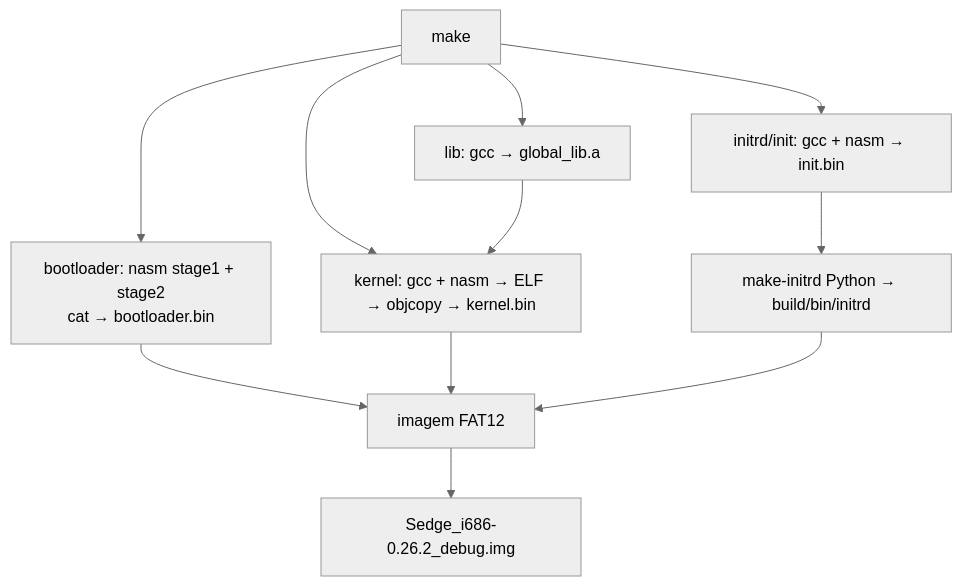
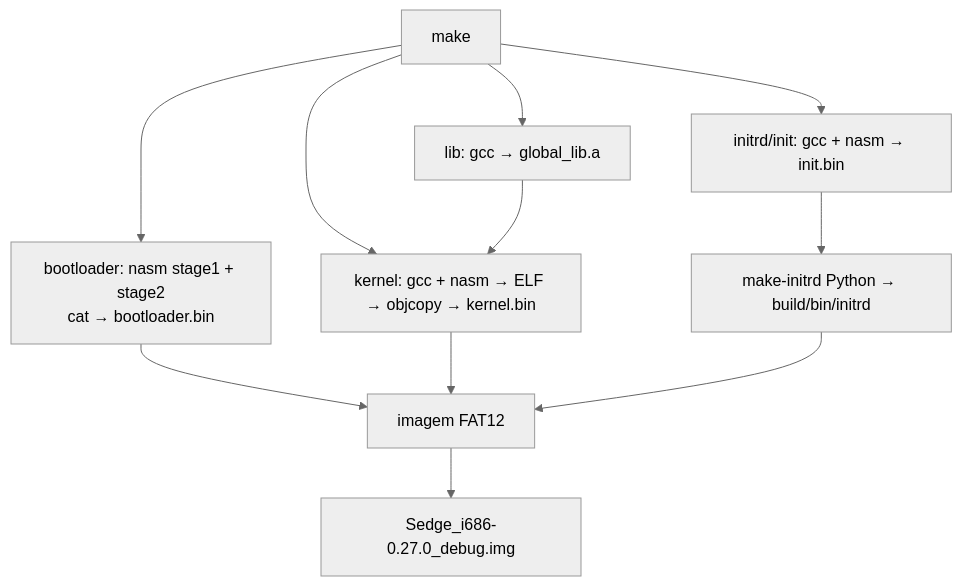
Before and after one commit to Lemiossa/Gummy: the diagram in docs/build.md, drawn with Mermaid (neutral theme). The commit also changed other lines of this file and 4 other files, not shown here.

````diff
--- a/docs/build.md
+++ b/docs/build.md
@@ -43,13 +43,13 @@
 ```mermaid
 flowchart TD
     make["make"] --> bl["bootloader: nasm stage1 + stage2<br/>cat → bootloader.bin"]
     make --> lib["lib: gcc → global_lib.a"]
     make --> krn["kernel: gcc + nasm → ELF → objcopy → kernel.bin"]
     make --> ini["initrd/init: gcc + nasm → init.bin"]
     ini --> imgrd["make-initrd Python → build/bin/initrd"]
     bl --> img["imagem FAT12"]
     lib --> krn
     krn --> img
     imgrd --> img
-    img --> out["Sedge_i686-0.26.2_debug.img"]
+    img --> out["Sedge_i686-0.27.0_debug.img"]
 ```
````
